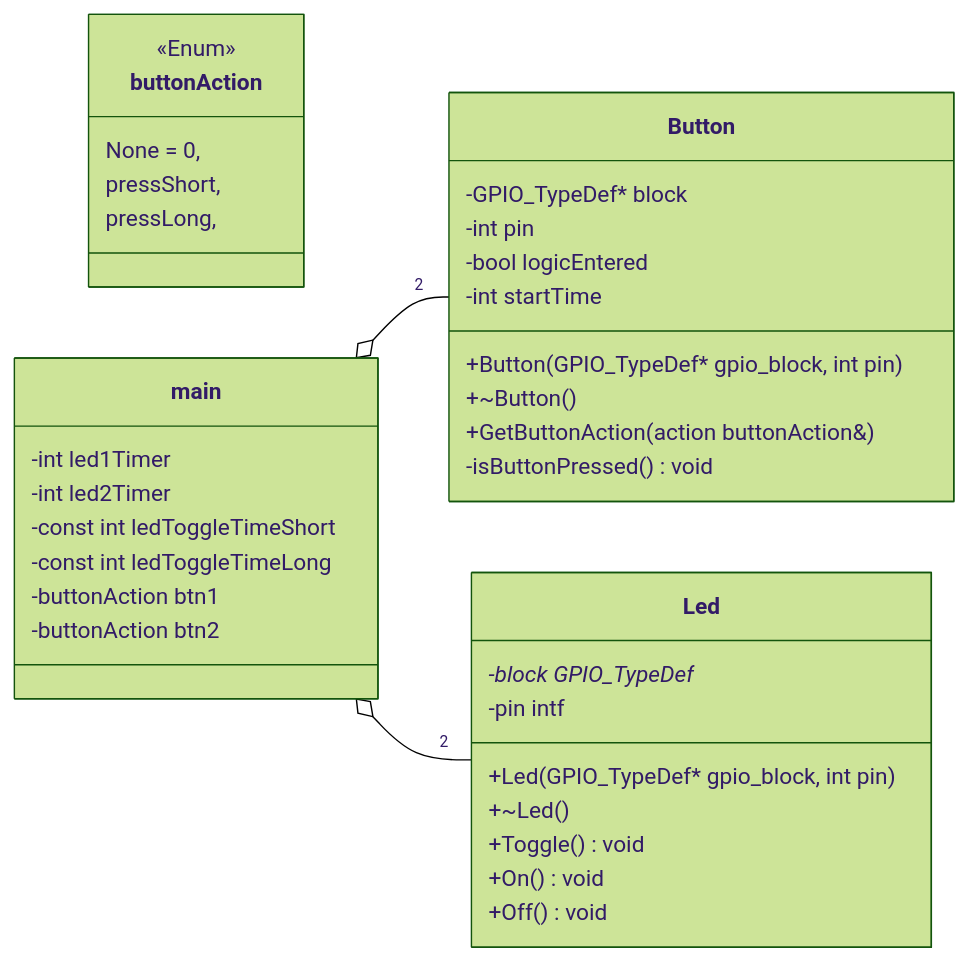
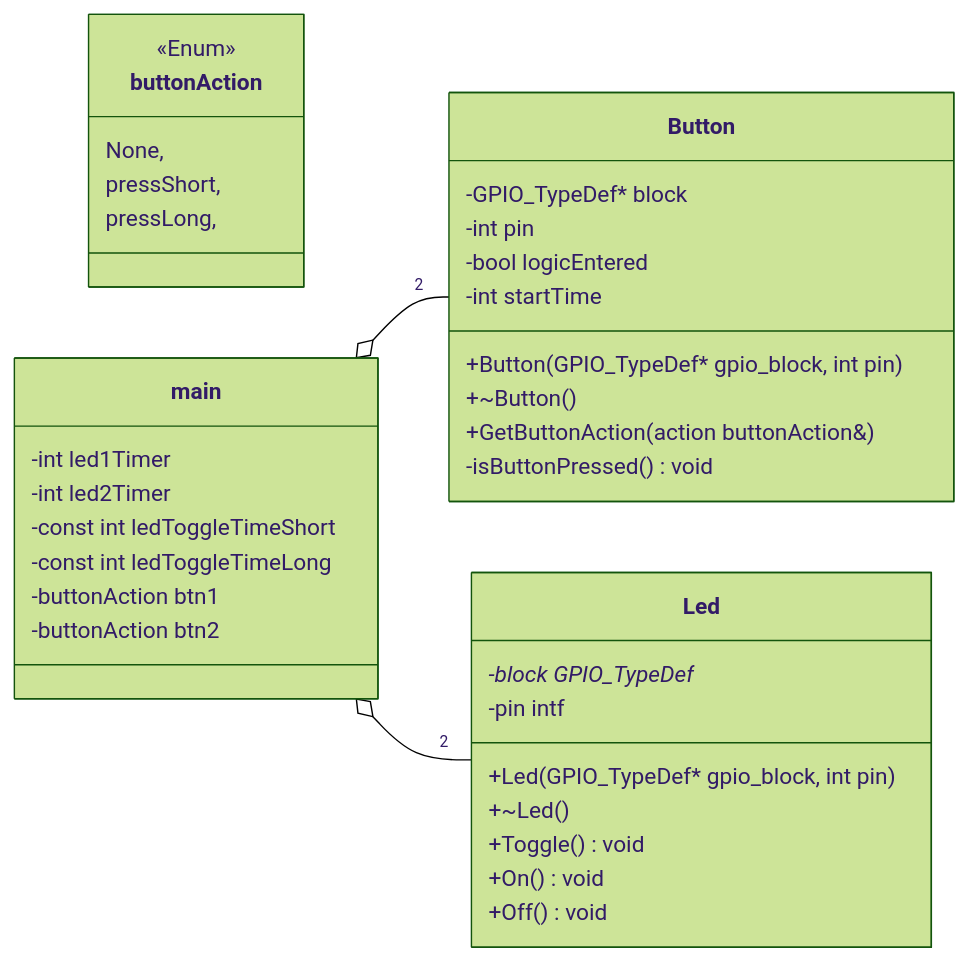
The first of 4 diagrams in notes/ES/gpio challenge.md (gamepro110/t-db3-2324nj), drawn with Mermaid (forest theme) before and after one commit. The commit also changed other lines of this file and 2 other files, not shown here.

Commit message:
Update gpio challenge notes

````diff
--- a/notes/ES/gpio challenge.md
+++ b/notes/ES/gpio challenge.md
@@ -9,45 +13,45 @@
 ```mermaid
 classDiagram
 direction LR
 
 class Led{
-	+Led(GPIO_TypeDef* gpio_block, int pin)
-	+~Led()
-	+Toggle() void
-	+On() void
-	+Off() void
-	-block GPIO_TypeDef*
-	-pin intf
+    +Led(GPIO_TypeDef* gpio_block, int pin)
+    +~Led()
+    +Toggle() void
+    +On() void
+    +Off() void
+    -block GPIO_TypeDef*
+    -pin intf
 }
 
 class buttonAction {
-	<<Enum>>
-	None = 0,
-	pressShort,
-	pressLong,
+    <<Enum>>
+    None,
+    pressShort,
+    pressLong,
 }
 
 class Button {
-	+Button(GPIO_TypeDef* gpio_block, int pin)
-	+~Button()
-	+GetButtonAction(action buttonAction&)
-	-isButtonPressed() void
-	-GPIO_TypeDef* block
-	-int pin
-	-bool logicEntered
-	-int startTime
+    +Button(GPIO_TypeDef* gpio_block, int pin)
+    +~Button()
+    +GetButtonAction(action buttonAction&)
+    -isButtonPressed() void
+    -GPIO_TypeDef* block
+    -int pin
+    -bool logicEntered
+    -int startTime
 }
 
 class main {
-	-int led1Timer
-	-int led2Timer
-	-const int ledToggleTimeShort
-	-const int ledToggleTimeLong
-	-buttonAction btn1
-	-buttonAction btn2
+    -int led1Timer
+    -int led2Timer
+    -const int ledToggleTimeShort
+    -const int ledToggleTimeLong
+    -buttonAction btn1
+    -buttonAction btn2
 }
 
 main o-- "2" Button
 main o-- "2" Led
 
 ```
````
